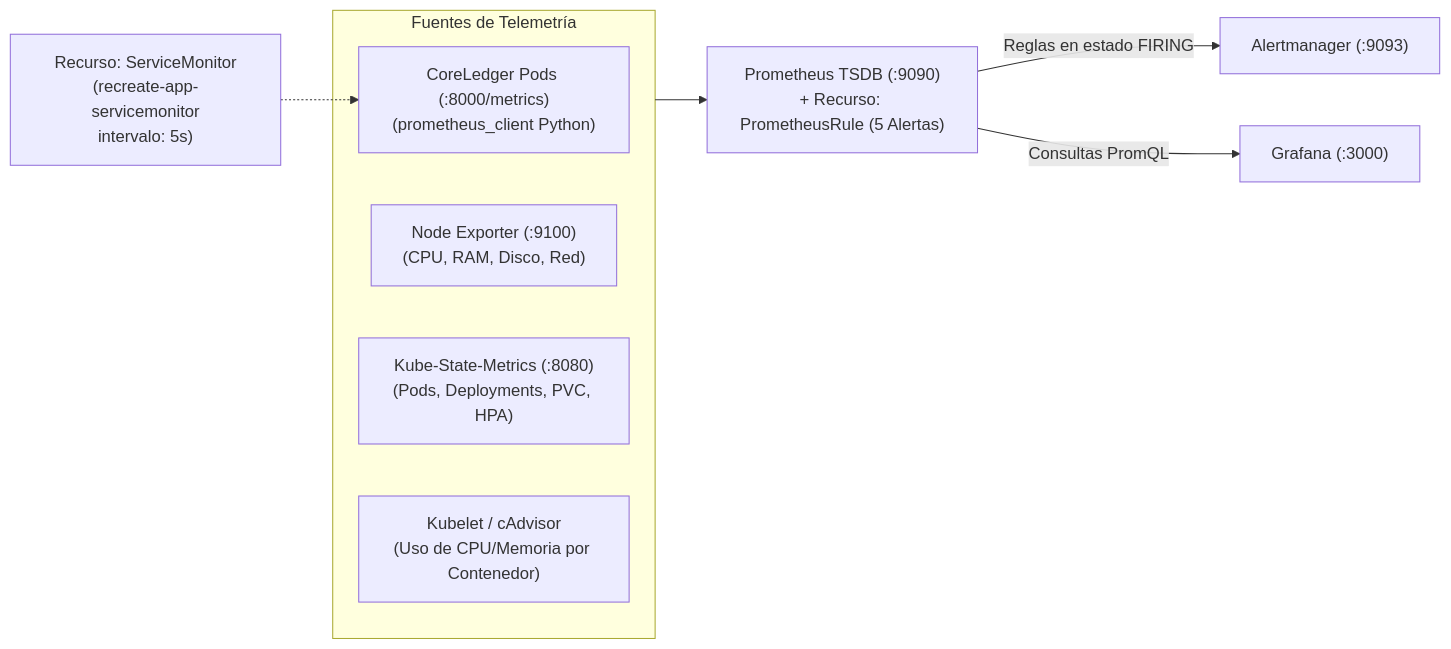
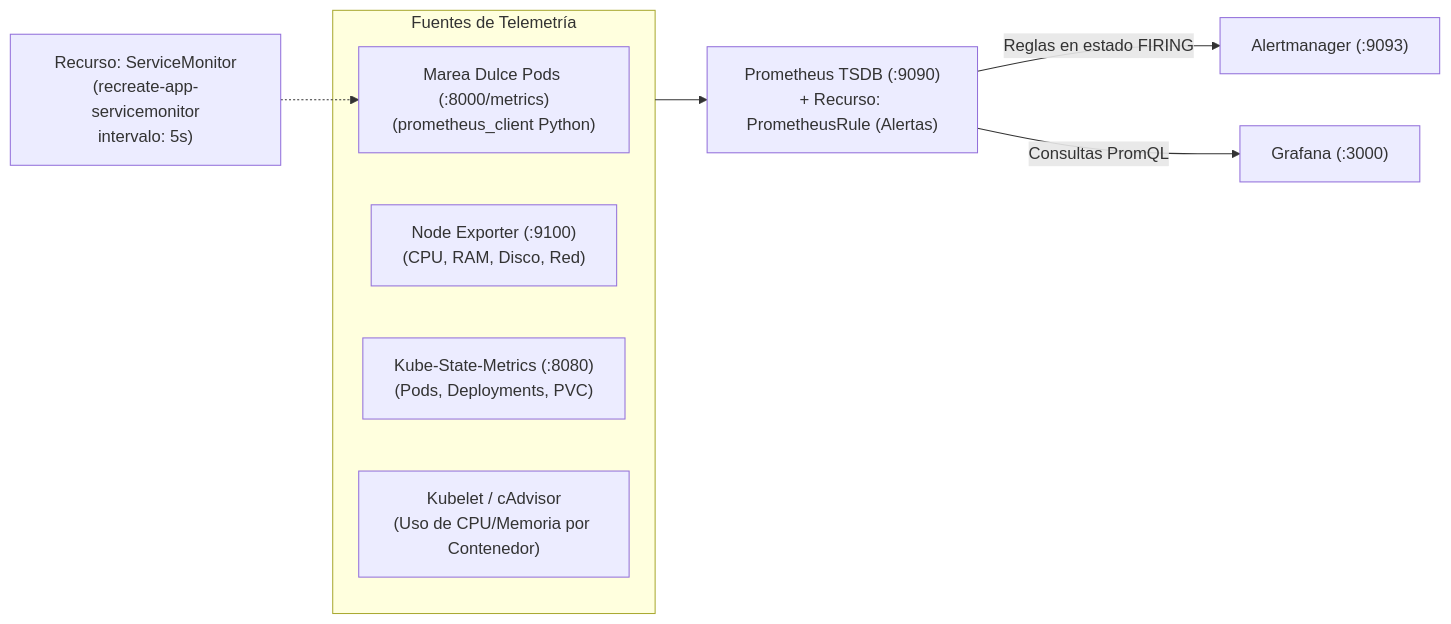
The diagram in docs/prometheus.md (Esteban-GV/MareaDulce_Recreate), drawn with Mermaid before and after one commit. The commit also changed other lines of this file and 138 other files, not shown here.

Commit message:
feat(docs): migrate documentation, platform and architecture to Marea Dulce Recreate deployment

````diff
--- a/docs/prometheus.md
+++ b/docs/prometheus.md
@@ -18,14 +18,14 @@
 ```mermaid
 flowchart LR
     subgraph Origenes ["Fuentes de Telemetría"]
-        App["CoreLedger Pods (:8000/metrics)\n(prometheus_client Python)"]
+        App["Marea Dulce Pods (:8000/metrics)\n(prometheus_client Python)"]
         NE["Node Exporter (:9100)\n(CPU, RAM, Disco, Red)"]
-        KSM["Kube-State-Metrics (:8080)\n(Pods, Deployments, PVC, HPA)"]
+        KSM["Kube-State-Metrics (:8080)\n(Pods, Deployments, PVC)"]
         Cad["Kubelet / cAdvisor\n(Uso de CPU/Memoria por Contenedor)"]
     end
 
     SM["Recurso: ServiceMonitor\n(recreate-app-servicemonitor\nintervalo: 5s)"] -.-> App
-    Origenes --> Prom["Prometheus TSDB (:9090)\n+ Recurso: PrometheusRule (5 Alertas)"]
+    Origenes --> Prom["Prometheus TSDB (:9090)\n+ Recurso: PrometheusRule (Alertas)"]
     Prom -->|"Reglas en estado FIRING"| AM["Alertmanager (:9093)"]
     Prom -->|"Consultas PromQL"| Graf["Grafana (:3000)"]
 ```
````
